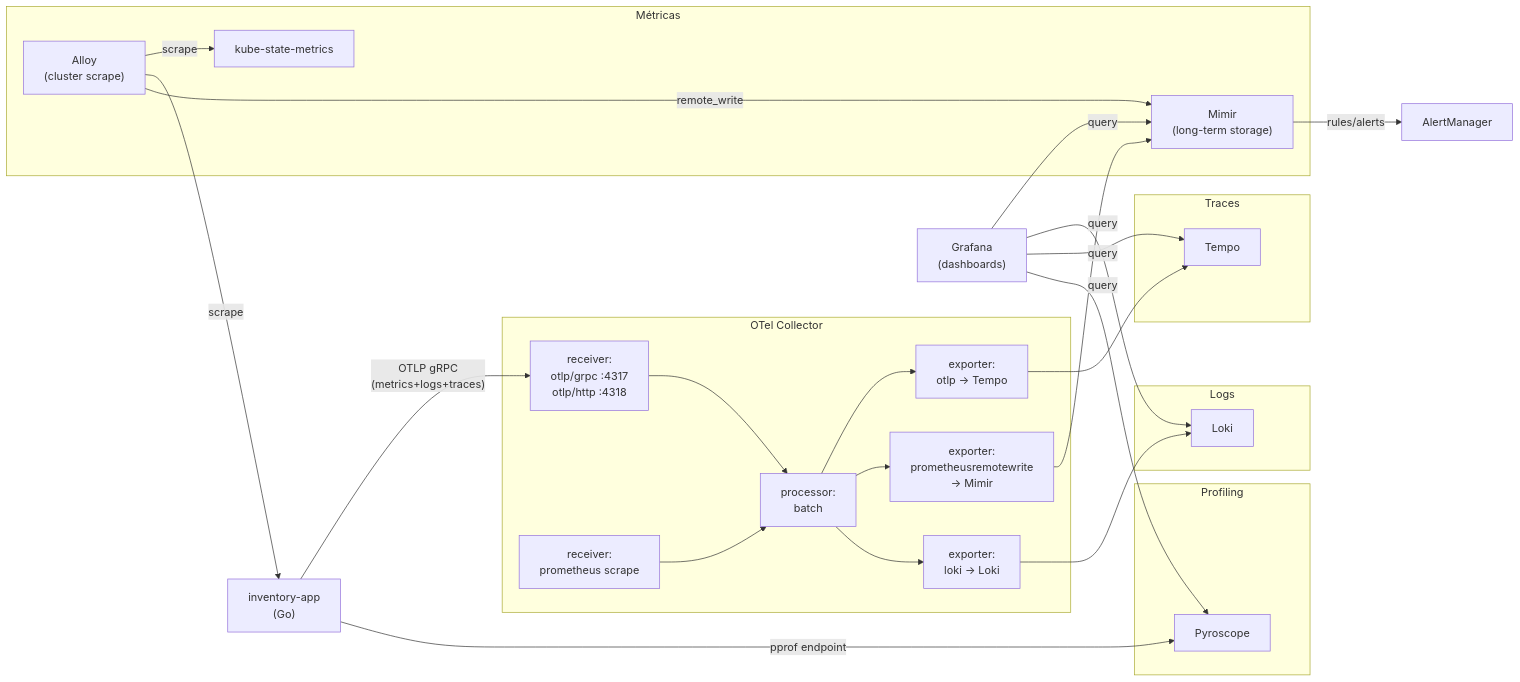
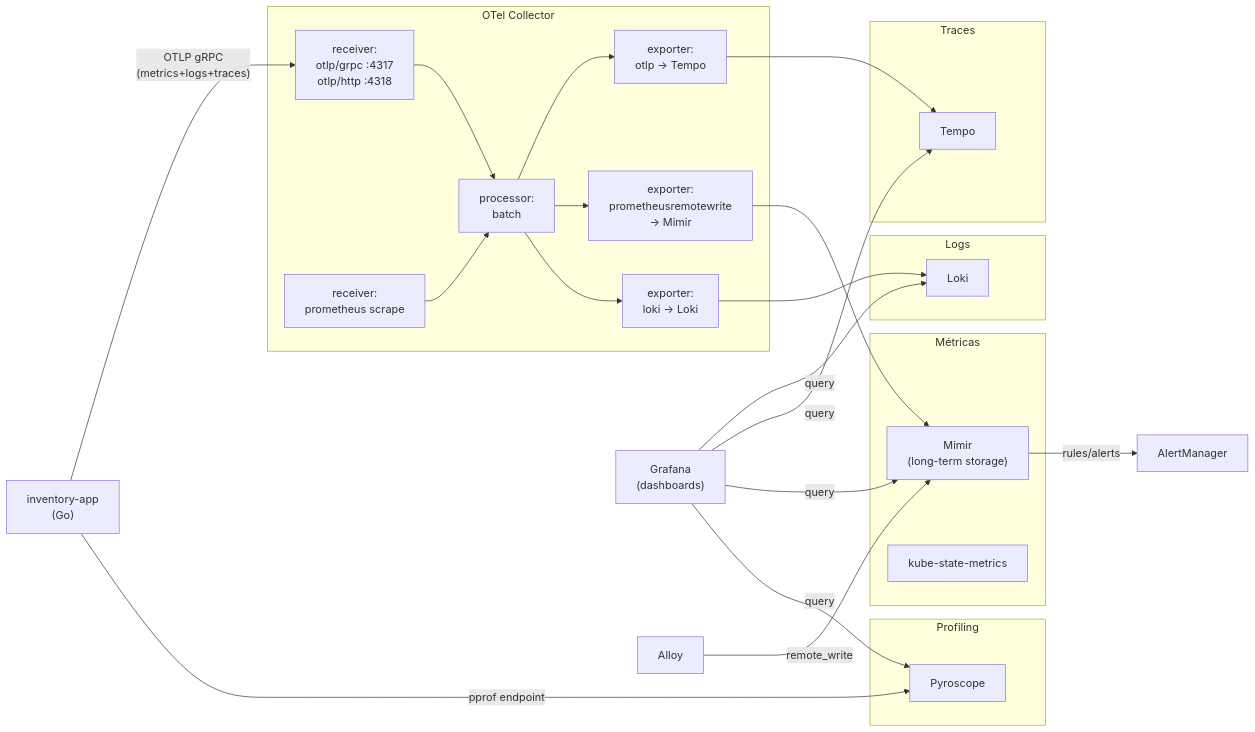
The second of 5 diagrams in docs/architecture.md (gab-796/infra-tech-challenge-teachy), drawn with Mermaid before and after one commit. The commit also changed other lines of this file and 7 other files, not shown here.

````diff
--- a/docs/architecture.md
+++ b/docs/architecture.md
@@ -72,57 +68,54 @@
 ```mermaid
 flowchart LR
     App["inventory-app\n(Go)"]
 
     subgraph OTEL["OTel Collector"]
         R_OTLP["receiver:\notlp/grpc :4317\notlp/http :4318"]
         R_PROM["receiver:\nprometheus scrape"]
         P_BATCH["processor:\nbatch"]
         E_TEMPO["exporter:\notlp → Tempo"]
         E_MIMIR["exporter:\nprometheusremotewrite\n→ Mimir"]
         E_LOKI["exporter:\nloki → Loki"]
     end
 
     subgraph METRICS["Métricas"]
         Mimir["Mimir\n(long-term storage)"]
-        Alloy["Alloy\n(cluster scrape)"]
         KSM["kube-state-metrics"]
     end
 
     subgraph LOGS["Logs"]
         Loki["Loki"]
     end
 
     subgraph TRACES["Traces"]
         Tempo["Tempo"]
     end
 
     subgraph PROFILING["Profiling"]
         Pyroscope["Pyroscope"]
     end
 
     Grafana["Grafana\n(dashboards)"]
     AlertMgr["AlertManager"]
 
     App -->|"OTLP gRPC\n(metrics+logs+traces)"| R_OTLP
     App -->|"pprof endpoint"| Pyroscope
-    Alloy -->|scrape| KSM
-    Alloy -->|scrape| App
 
     R_OTLP --> P_BATCH
     R_PROM --> P_BATCH
     P_BATCH --> E_TEMPO
     P_BATCH --> E_MIMIR
     P_BATCH --> E_LOKI
 
     E_TEMPO --> Tempo
     E_MIMIR --> Mimir
     E_LOKI --> Loki
     Alloy -->|remote_write| Mimir
 
     Grafana -->|query| Loki
     Grafana -->|query| Tempo
     Grafana -->|query| Mimir
     Grafana -->|query| Pyroscope
 
     Mimir -->|rules/alerts| AlertMgr
 ```
````
